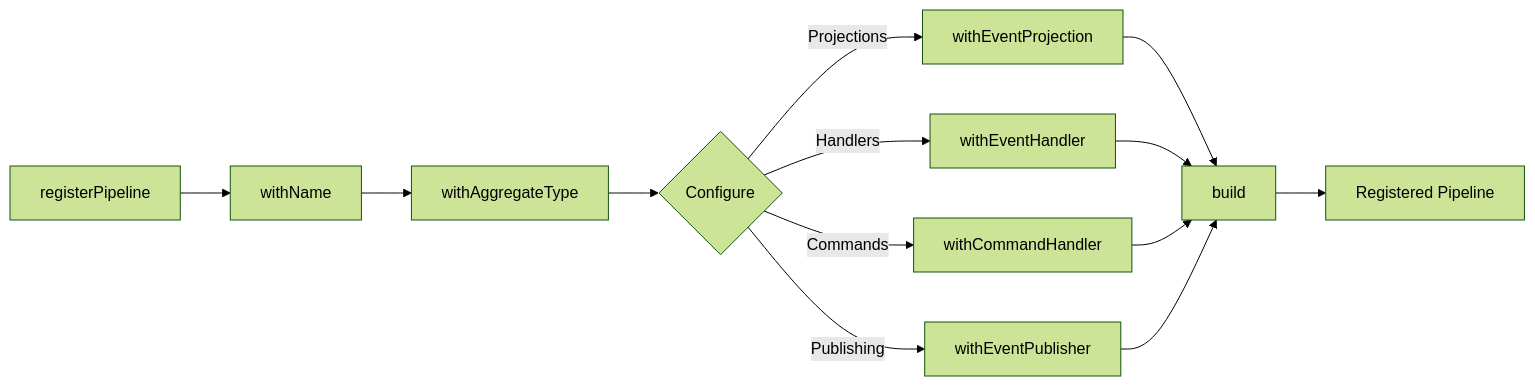
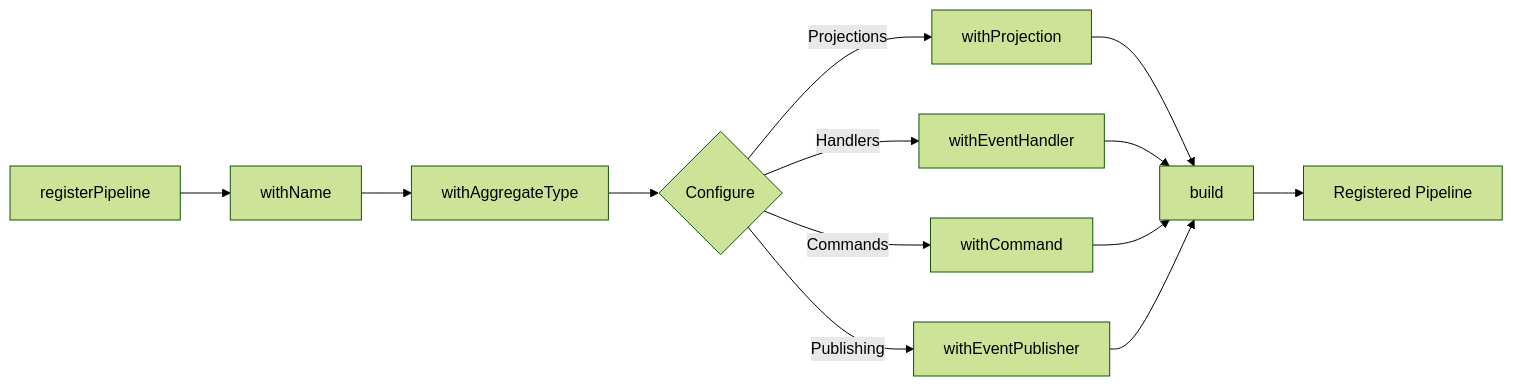
Before and after one commit to langwatch/langwatch: the eighth of 8 diagrams in langwatch/src/server/event-sourcing/library/ARCHITECTURE.md, drawn with Mermaid (forest theme). The commit also changed other lines of this file and 1 other file, not shown here.

First line of the commit message:
docs(event-sourcing): add library documentation

````diff
--- a/langwatch/src/server/event-sourcing/library/ARCHITECTURE.md
+++ b/langwatch/src/server/event-sourcing/library/ARCHITECTURE.md
@@ -417,15 +453,15 @@
 ```mermaid
 graph LR
     Start[registerPipeline] --> Name[withName]
     Name --> Type[withAggregateType]
     Type --> Config{Configure}
-    Config --> |"Projections"| Proj[withEventProjection]
+    Config --> |"Projections"| Proj[withProjection]
     Config --> |"Handlers"| Hand[withEventHandler]
-    Config --> |"Commands"| Cmd[withCommandHandler]
+    Config --> |"Commands"| Cmd[withCommand]
     Config --> |"Publishing"| Pub[withEventPublisher]
     Proj --> Build[build]
     Hand --> Build
     Cmd --> Build
     Pub --> Build
     Build --> Pipeline[Registered Pipeline]
 ```
````
